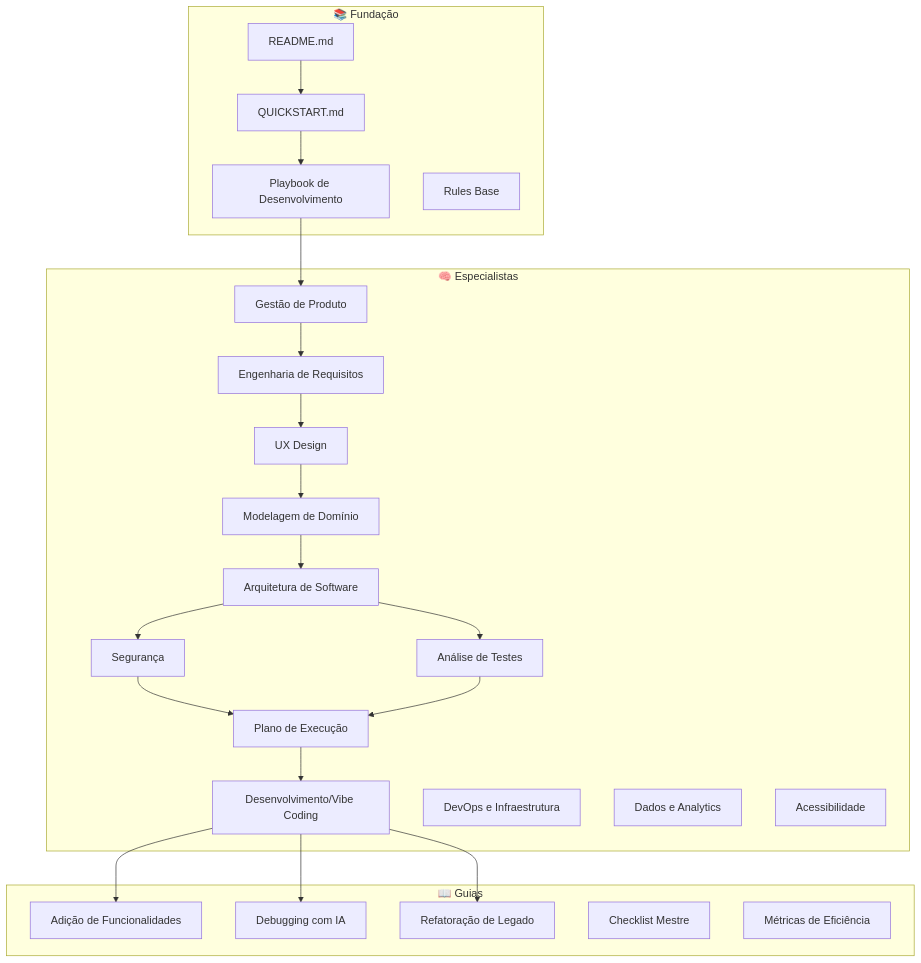
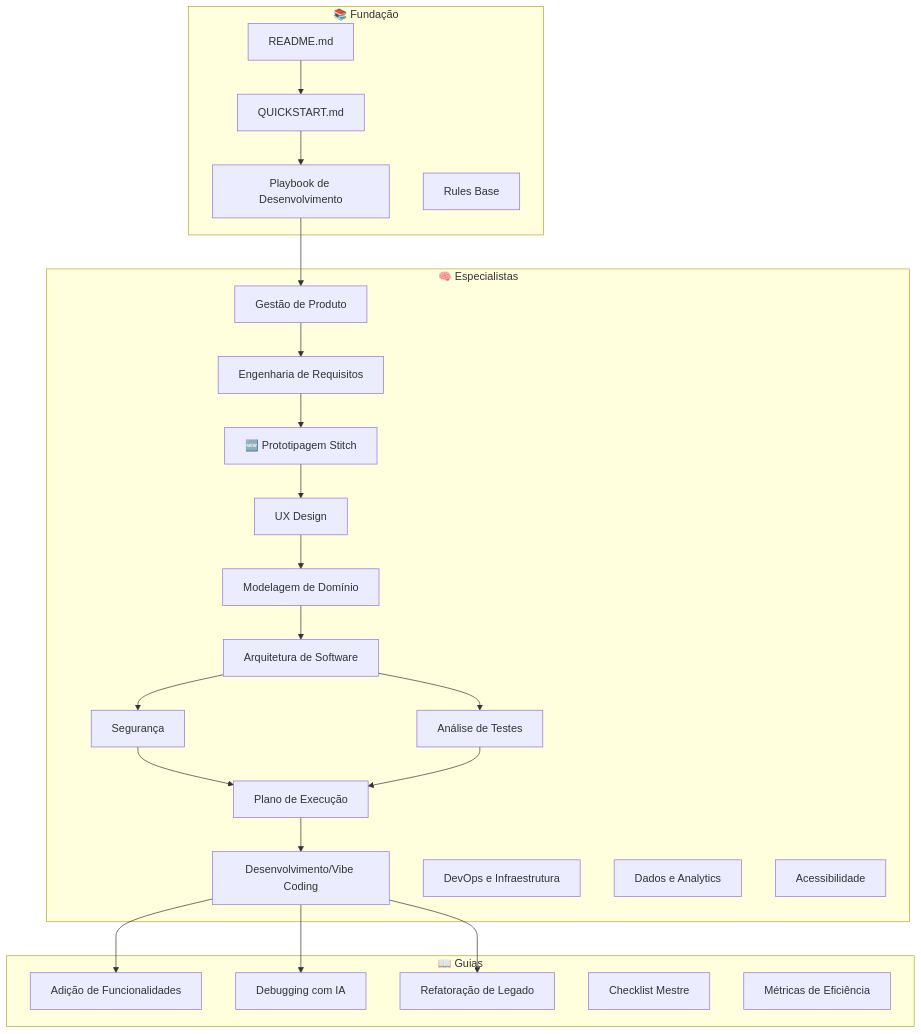
One commit to Matheus-Gama-deluna/Guia-dev-IA changed the first of 5 diagrams in INSTRUCOES_DE_USO.md. Above: the diagram before and after it, drawn with Mermaid. The commit also changed other lines of this file and 55 other files, not shown here.

````diff
--- a/INSTRUCOES_DE_USO.md
+++ b/INSTRUCOES_DE_USO.md
@@ -9,42 +48,43 @@
 ```mermaid
 flowchart TD
     subgraph Foundation["📚 Fundação"]
         README[README.md]
         QUICK[QUICKSTART.md]
         PLAYBOOK[Playbook de Desenvolvimento]
         RULES[Rules Base]
     end
     
     subgraph Specialists["🧠 Especialistas"]
         PM[Gestão de Produto]
         REQ[Engenharia de Requisitos]
+        STITCH[🆕 Prototipagem Stitch]
         UX[UX Design]
         MODEL[Modelagem de Domínio]
         ARCH[Arquitetura de Software]
         SEC[Segurança]
         TEST[Análise de Testes]
         PLAN[Plano de Execução]
         DEV[Desenvolvimento/Vibe Coding]
         DEVOPS[DevOps e Infraestrutura]
         DATA[Dados e Analytics]
         A11Y[Acessibilidade]
     end
     
     subgraph Guides["📖 Guias"]
         ADD[Adição de Funcionalidades]
         DEBUG[Debugging com IA]
         REFACTOR[Refatoração de Legado]
         CHECKLIST[Checklist Mestre]
         METRICS[Métricas de Eficiência]
     end
     
     README --> QUICK
     QUICK --> PLAYBOOK
     PLAYBOOK --> PM
-    PM --> REQ --> UX --> MODEL --> ARCH
+    PM --> REQ --> STITCH --> UX --> MODEL --> ARCH
     ARCH --> SEC & TEST
     SEC & TEST --> PLAN --> DEV
     DEV --> ADD
     DEV --> DEBUG
     DEV --> REFACTOR
 ```
````
